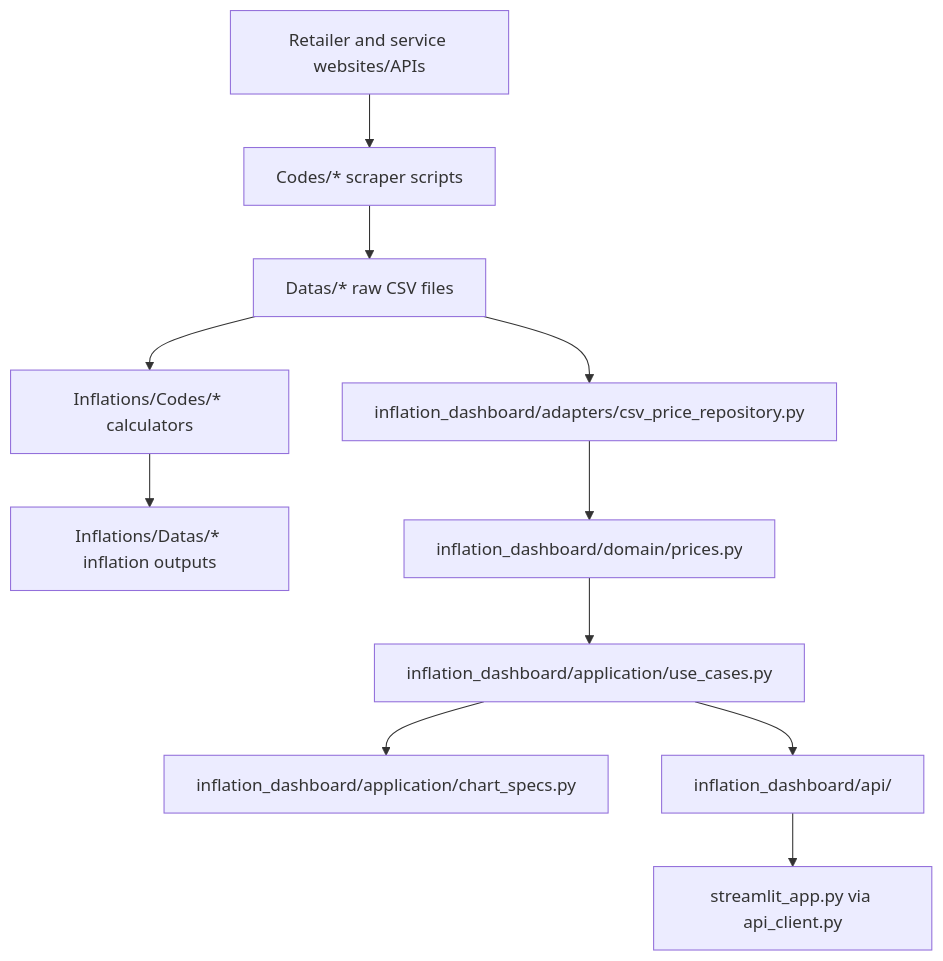
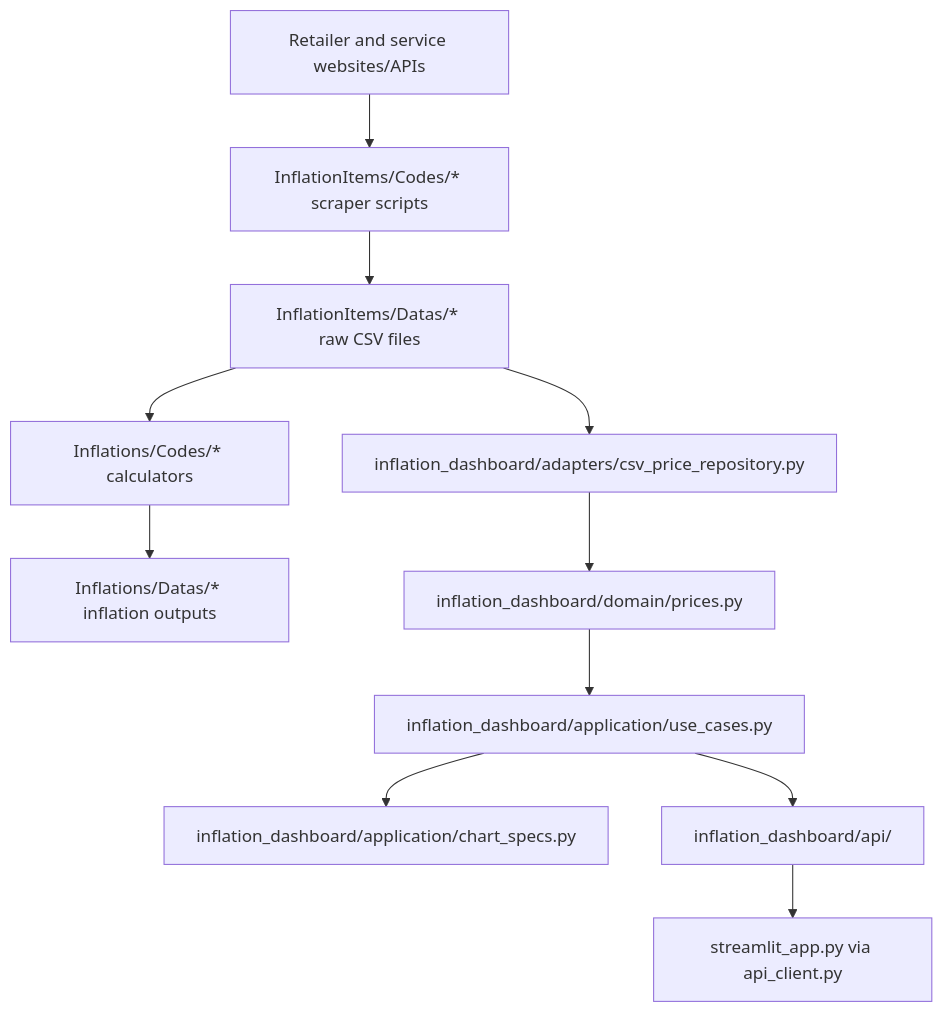
Before and after one commit to vinnipukh/inflationstudymirror: the diagram in docs/ARCHITECTURE.md, drawn with Mermaid. The commit also changed other lines of this file and 65 other files, not shown here.

````diff
--- a/docs/ARCHITECTURE.md
+++ b/docs/ARCHITECTURE.md
@@ -18,14 +18,14 @@
 ```mermaid
 graph TD
-    Sources[Retailer and service websites/APIs] --> Scrapers[Codes/* scraper scripts]
-    Scrapers --> RawCSV[Datas/* raw CSV files]
+    Sources[Retailer and service websites/APIs] --> Scrapers[InflationItems/Codes/* scraper scripts]
+    Scrapers --> RawCSV[InflationItems/Datas/* raw CSV files]
     RawCSV --> Calculators[Inflations/Codes/* calculators]
     Calculators --> InflationCSV[Inflations/Datas/* inflation outputs]
 
     RawCSV --> CSVAdapter[inflation_dashboard/adapters/csv_price_repository.py]
     CSVAdapter --> Domain[inflation_dashboard/domain/prices.py]
     Domain --> UseCases[inflation_dashboard/application/use_cases.py]
     UseCases --> ChartSpecs[inflation_dashboard/application/chart_specs.py]
     UseCases --> FalconAPI[inflation_dashboard/api/]
     FalconAPI --> Streamlit[streamlit_app.py via api_client.py]
 ```
````
